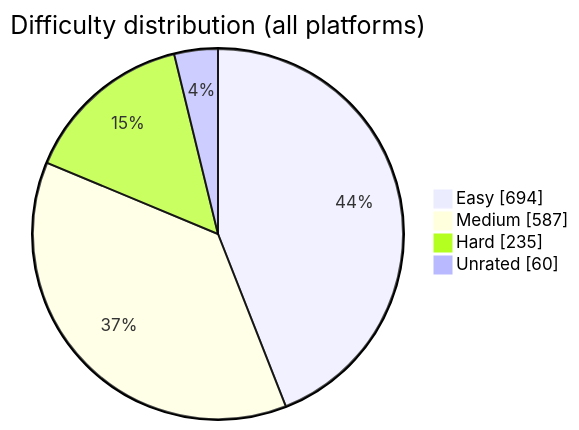
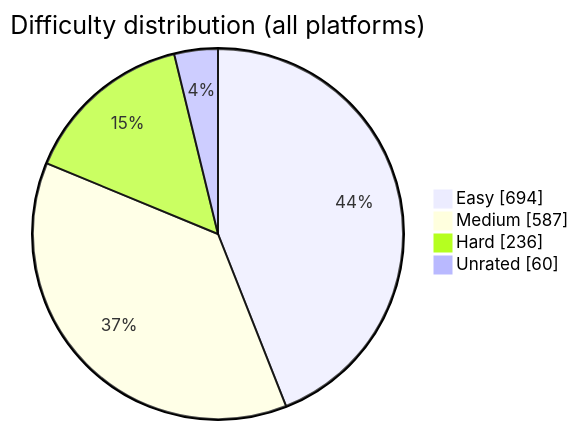
Before and after one commit to BuildbyArindam/Daily-Coding-Log: the diagram in README.md, drawn with Mermaid. The commit also changed other lines of this file, not shown here.

````diff
--- a/README.md
+++ b/README.md
@@ -93,7 +93,7 @@
 ```mermaid
 pie showData title Difficulty distribution (all platforms)
     "Easy" : 694
     "Medium" : 587
-    "Hard" : 235
+    "Hard" : 236
     "Unrated" : 60
 ```
````
